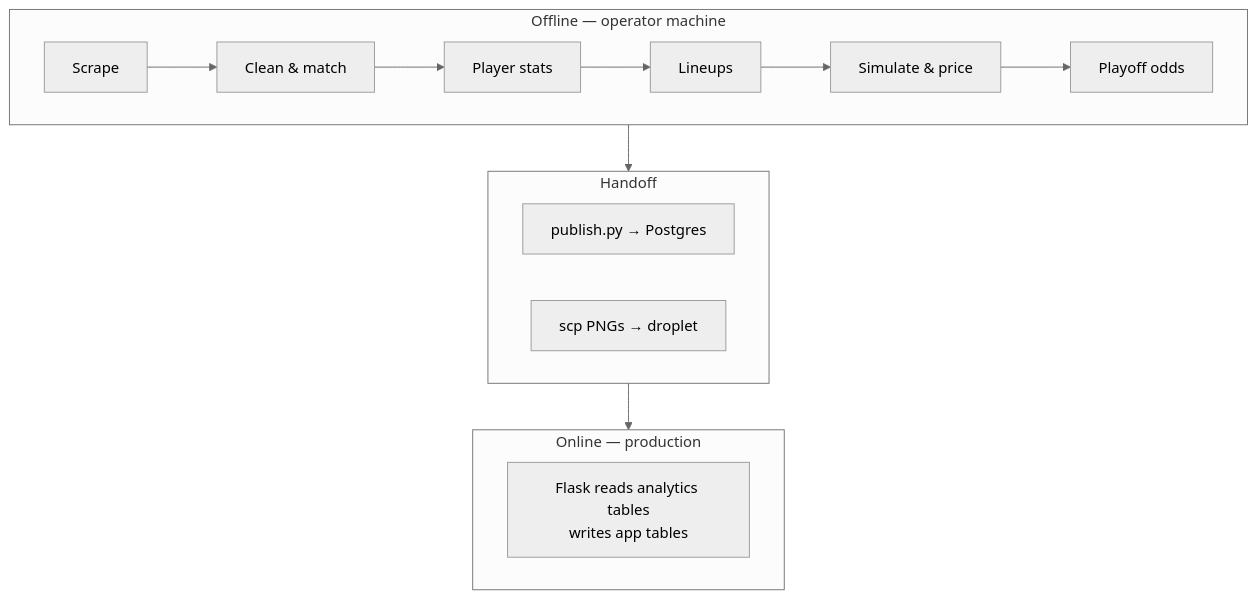
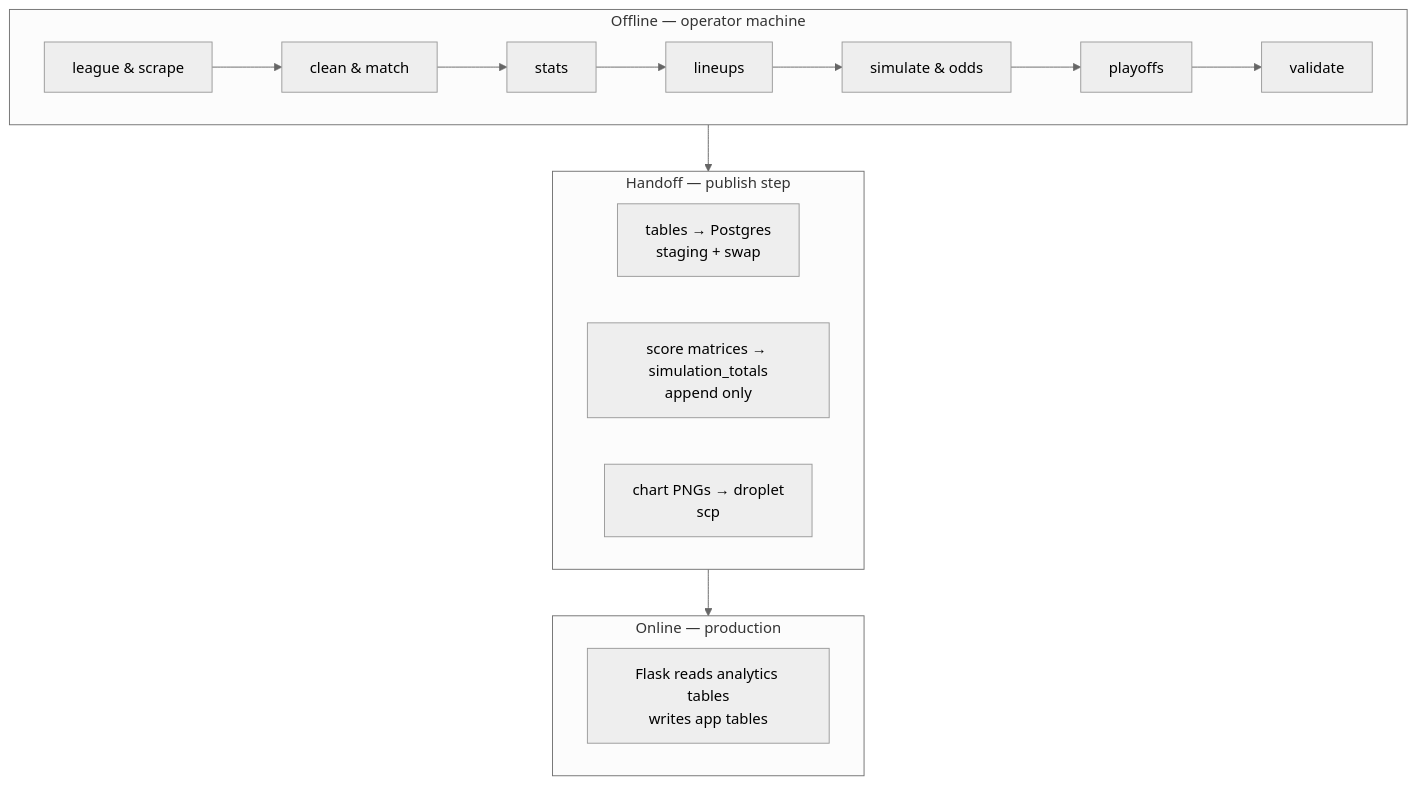
Before and after one commit to sfaizi24/TNCasino: the first of 2 diagrams in docs/architecture/01-overview.md, drawn with Mermaid (neutral theme). The commit also changed other lines of this file and 4 other files, not shown here.

````diff
--- a/docs/architecture/01-overview.md
+++ b/docs/architecture/01-overview.md
@@ -20,15 +19,16 @@
 ```mermaid
 flowchart TB
     subgraph Offline["Offline — operator machine"]
         direction LR
-        A[Scrape] --> B[Clean & match] --> C[Player stats] --> D[Lineups] --> E[Simulate & price] --> F[Playoff odds]
+        A[league & scrape] --> B[clean & match] --> C[stats] --> D[lineups] --> E[simulate & odds] --> F[playoffs] --> V[validate]
     end
-    subgraph Boundary["Handoff"]
-        P1[publish.py → Postgres]
-        P2[scp PNGs → droplet]
+    subgraph Boundary["Handoff — publish step"]
+        P1[tables → Postgres<br/>staging + swap]
+        P2[score matrices → simulation_totals<br/>append only]
+        P3[chart PNGs → droplet<br/>scp]
     end
     subgraph Online["Online — production"]
         W[Flask reads analytics tables<br/>writes app tables]
     end
     Offline --> Boundary --> Online
 ```
````
